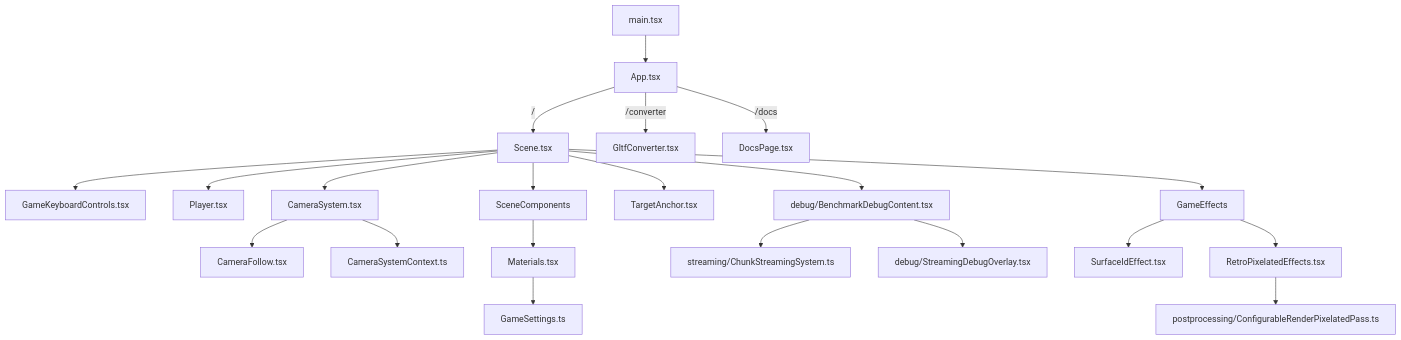
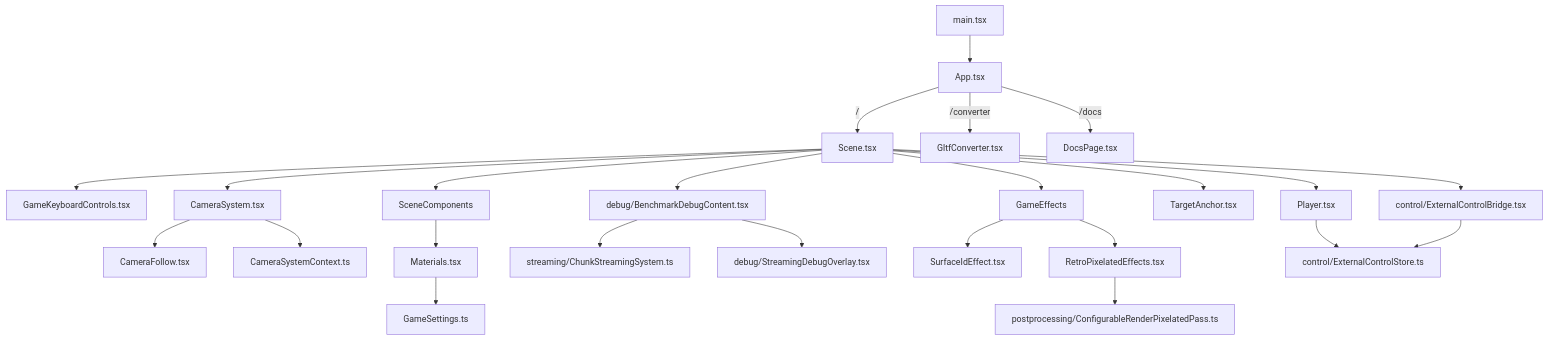
One commit to petersimmalugnt/IKEA-GAME-Prototype changed the diagram in DOCS.md. Above: the diagram before and after it, drawn with Mermaid. The commit also changed other lines of this file and 5 other files, not shown here.

Commit message:
feat: add external control pipeline for digital and absolute player input

````diff
--- a/DOCS.md
+++ b/DOCS.md
@@ -11,23 +11,26 @@
 ```mermaid
 graph TD
     A[main.tsx] --> B[App.tsx]
     B -->|"/"| C[Scene.tsx]
     B -->|"/converter"| D[GltfConverter.tsx]
     B -->|"/docs"| L[DocsPage.tsx]
     C --> M[GameKeyboardControls.tsx]
     C --> E[Player.tsx]
+    C --> ECB[control/ExternalControlBridge.tsx]
     C --> F[SceneComponents]
     C --> CS[CameraSystem.tsx]
     C --> TA[TargetAnchor.tsx]
     CS --> G[CameraFollow.tsx]
     CS --> CTX[CameraSystemContext.ts]
     C --> H[GameEffects]
     H --> R[RetroPixelatedEffects.tsx]
     R --> PP[postprocessing/ConfigurableRenderPixelatedPass.ts]
     C --> N[debug/BenchmarkDebugContent.tsx]
     N --> O[streaming/ChunkStreamingSystem.ts]
     N --> P[debug/StreamingDebugOverlay.tsx]
     H --> I[SurfaceIdEffect.tsx]
     F --> J[Materials.tsx]
     J --> K[GameSettings.ts]
+    E --> ECS[control/ExternalControlStore.ts]
+    ECB --> ECS
 ```
````
